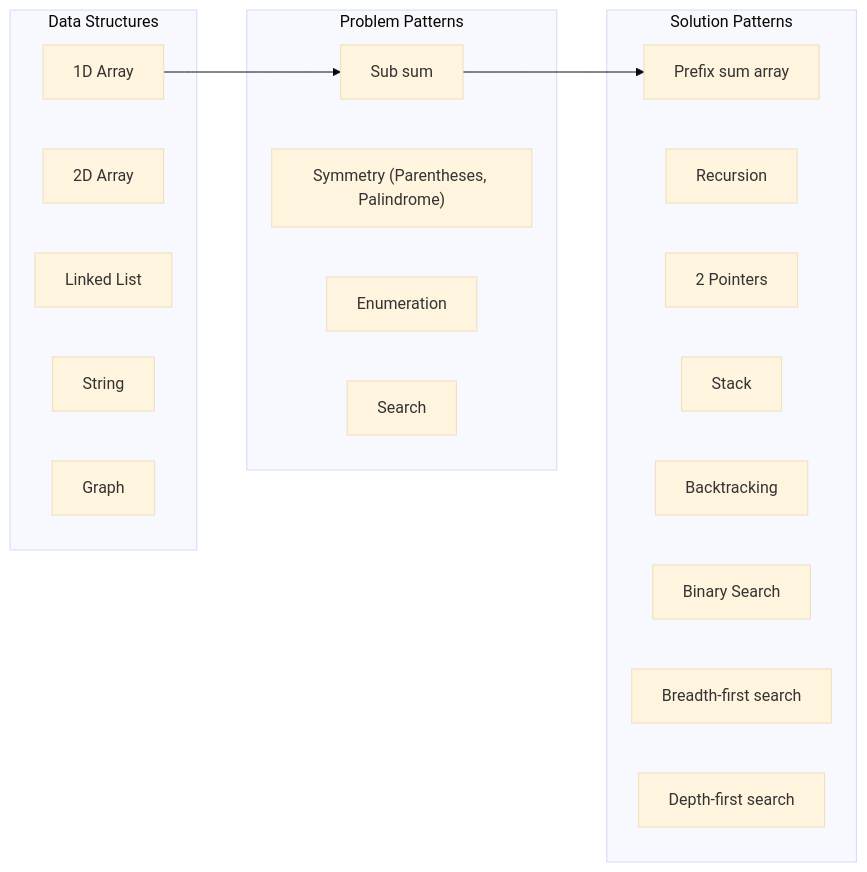
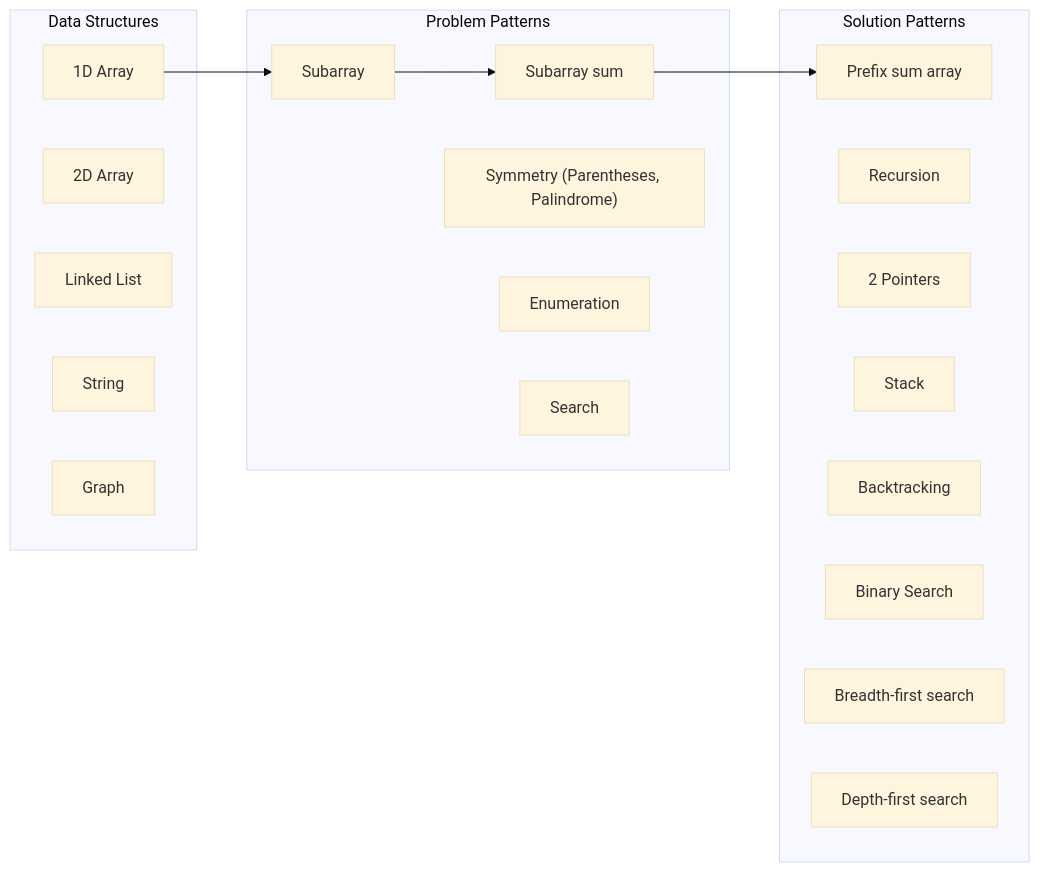
One commit to wuyichen24/coding-interview changed the diagram in README.md. Above: the diagram before and after it, drawn with Mermaid (base theme).

````diff
--- a/README.md
+++ b/README.md
@@ -103,29 +103,30 @@
 ```mermaid
 flowchart LR
-   1DA-->SM-->PSA
+   1DA-->SA-->SMS-->PSA
 
    subgraph datastructureSG ["Data Structures"]
       1DA["1D Array"]
       2DA["2D Array"]
       LL["Linked List"]
       ST["String"] 
       GP["Graph"]
    end
 
    subgraph problemSG ["Problem Patterns"]
-      SM["Sub sum"]
+      SA["Subarray"]
+      SMS["Subarray sum"]
       SY["Symmetry (Parentheses, Palindrome)"]
       EN["Enumeration"]
       SC["Search"]
    end
    subgraph solutionSG [Solution Patterns]
       PSA["Prefix sum array"]
       RC["Recursion"]
       2P["2 Pointers"]
       SK["Stack"]
       BT["Backtracking"]
       BS["Binary Search"]
       BFS["Breadth-first search"]
       DFS["Depth-first search"]
    end
 ```
````
